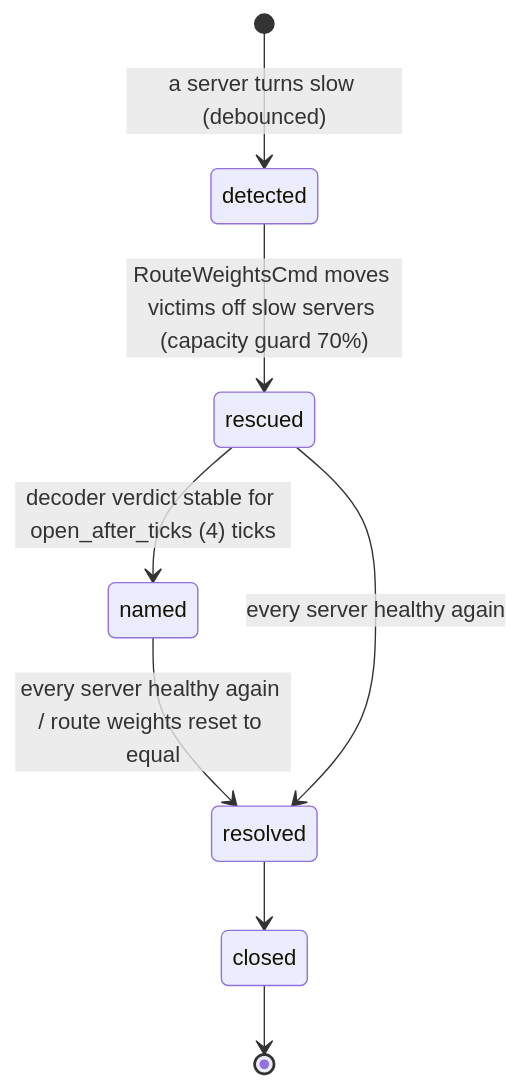
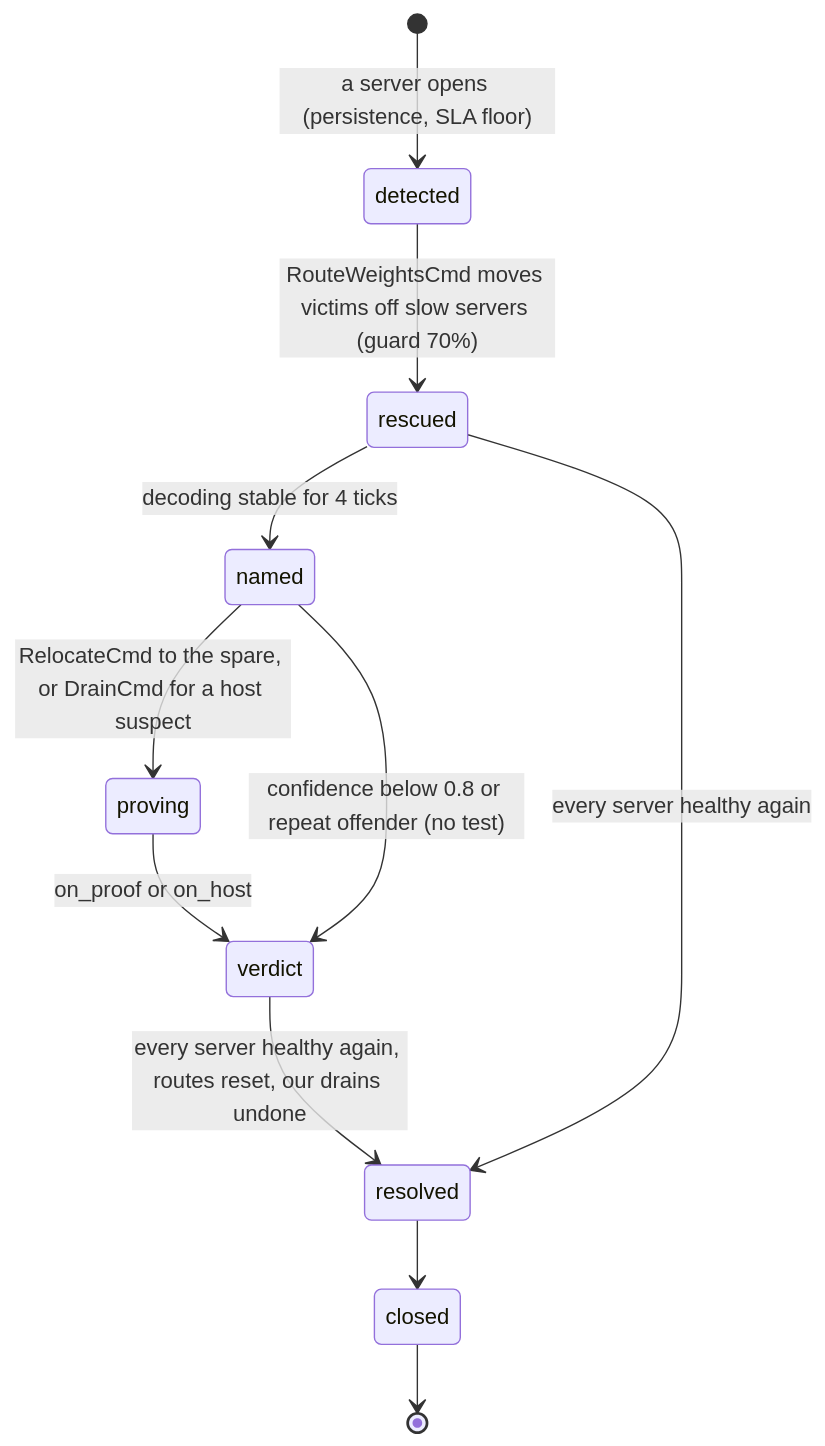
One commit to yashodeepchaudhari/tenantguard changed the third of 3 diagrams in prototype-docs/11_FILES_brain.md. Above: the diagram before and after it, drawn with Mermaid. The commit also changed other lines of this file and 23 other files, not shown here.

Commit message:
Prototype docs: catalogs, sequences, config, risks and testing describe the final master; new billing catalog

````diff
--- a/prototype-docs/11_FILES_brain.md
+++ b/prototype-docs/11_FILES_brain.md
@@ -408,10 +550,13 @@
 ```mermaid
 stateDiagram-v2
-  [*] --> detected: a server turns slow (debounced)
-  detected --> rescued: RouteWeightsCmd moves victims off slow servers (capacity guard 70%)
-  rescued --> named: decoder verdict stable for open_after_ticks (4) ticks
-  named --> resolved: every server healthy again / route weights reset to equal
+  [*] --> detected: a server opens (persistence, SLA floor)
+  detected --> rescued: RouteWeightsCmd moves victims off slow servers (guard 70%)
+  rescued --> named: decoding stable for 4 ticks
+  named --> proving: RelocateCmd to the spare, or DrainCmd for a host suspect
+  proving --> verdict: on_proof or on_host
+  named --> verdict: confidence below 0.8 or repeat offender (no test)
+  verdict --> resolved: every server healthy again, routes reset, our drains undone
   rescued --> resolved: every server healthy again
   resolved --> closed
   closed --> [*]
 ```
````
